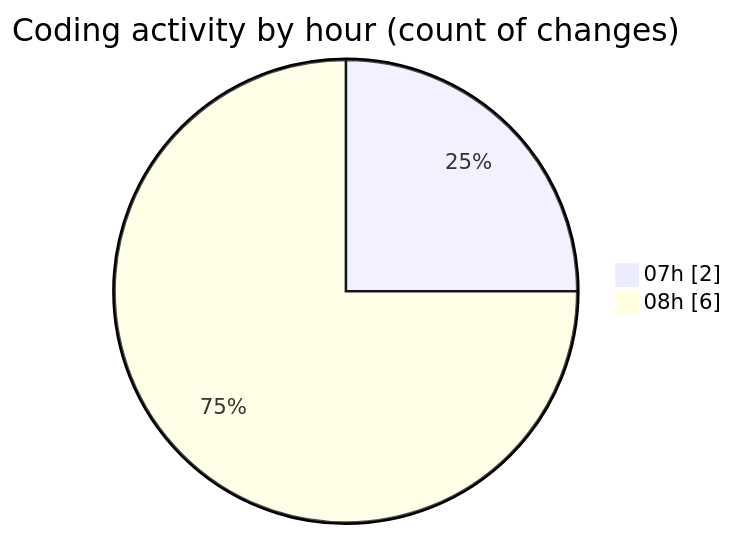
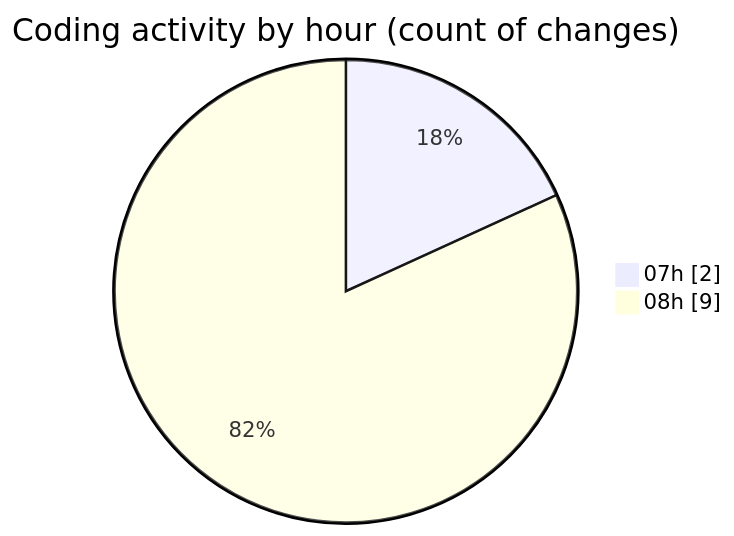
The second of 2 diagrams in 2025-05-14/niten/README.md (Elitesun/code-tracking), drawn with Mermaid before and after one commit. The commit also changed other lines of this file and 1 other file, not shown here.

````diff
--- a/2025-05-14/niten/README.md
+++ b/2025-05-14/niten/README.md
@@ -31,6 +31,6 @@
 ```mermaid
 pie showData
 title Coding activity by hour (count of changes)
 "07h" : 2
-"08h" : 6
+"08h" : 9
 ```
````
